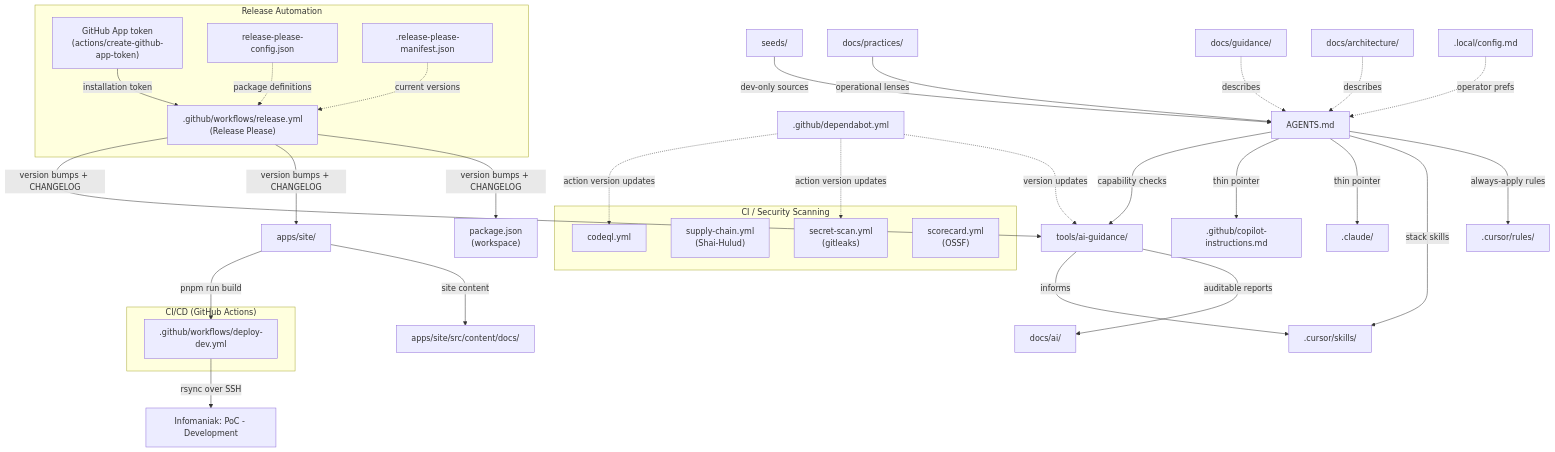
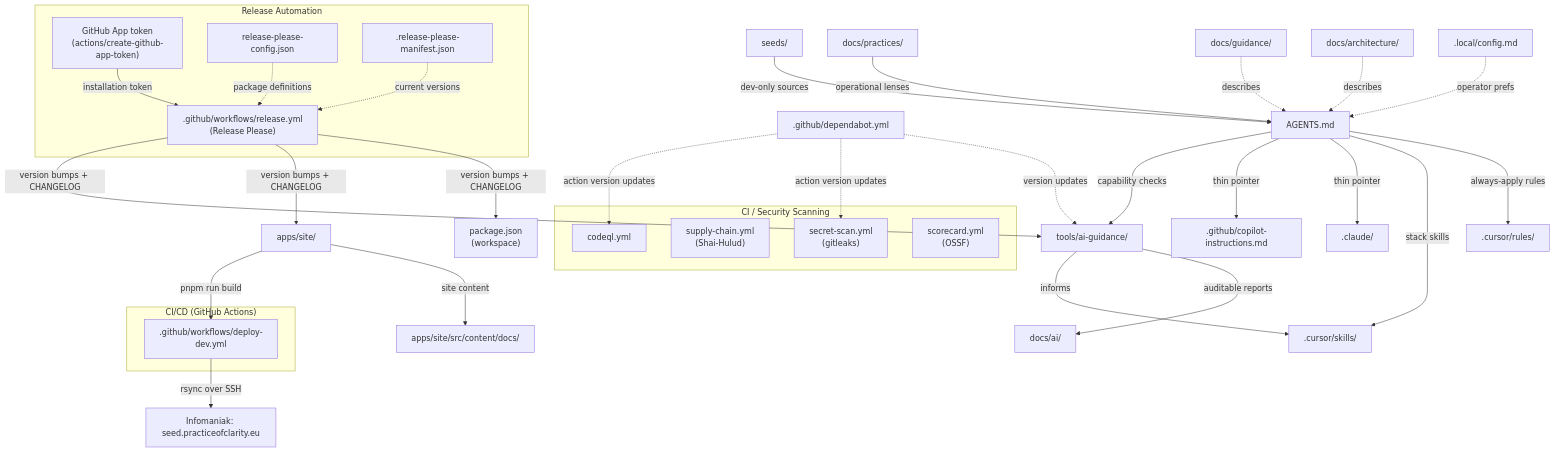
The diagram in docs/architecture/workspace.md (Mikeys-Tech-Lab/poc), drawn with Mermaid before and after one commit. The commit also changed 1 other file, not shown here.

Commit message:
docs(infra): update environment docs for practiceofclarity.eu domain scheme
Add domain column to hosting table in infomaniak skill with
seed/preview/production domains. Update architecture diagram Infomaniak
node label.

Made-with: Cursor

````diff
--- a/docs/architecture/workspace.md
+++ b/docs/architecture/workspace.md
@@ -23,51 +23,51 @@
 ```mermaid
 flowchart TD
   Seeds[seeds/] -->|"dev-only sources"| Agents[AGENTS.md]
   Practices["docs/practices/"] -->|"operational lenses"| Agents
 
   Agents -->|"always-apply rules"| CursorRules[.cursor/rules/]
   Agents -->|"stack skills"| CursorSkills[.cursor/skills/]
   Agents -->|"thin pointer"| Claude[.claude/]
   Agents -->|"thin pointer"| Copilot[.github/copilot-instructions.md]
 
   Agents -->|"capability checks"| Tooling[tools/ai-guidance/]
   Tooling -->|"auditable reports"| DocsAI[docs/ai/]
   Tooling -->|"informs"| CursorSkills
 
   Guidance[docs/guidance/] -.->|"describes"| Agents
   Architecture[docs/architecture/] -.->|"describes"| Agents
 
   LocalConfig[".local/config.md"] -.->|"operator prefs"| Agents
   Dependabot[".github/dependabot.yml"] -.->|"version updates"| Tooling
 
   AstroSite[apps/site/] -->|"site content"| SiteDocs["apps/site/src/content/docs/"]
 
   subgraph "CI/CD (GitHub Actions)"
     DeployDev[".github/workflows/deploy-dev.yml"]
   end
 
   subgraph "CI / Security Scanning"
     SecretScan["secret-scan.yml\n(gitleaks)"]
     SupplyChain["supply-chain.yml\n(Shai-Hulud)"]
     CodeQL["codeql.yml"]
     ScoreCard["scorecard.yml\n(OSSF)"]
   end
 
   subgraph "Release Automation"
     ReleasePlease[".github/workflows/release.yml\n(Release Please)"]
     AppToken["GitHub App token\n(actions/create-github-app-token)"]
     RPConfig["release-please-config.json"]
     RPManifest[".release-please-manifest.json"]
   end
 
   AstroSite -->|"pnpm run build"| DeployDev
-  DeployDev -->|"rsync over SSH"| InfomaniakDev["Infomaniak: PoC - Development"]
+  DeployDev -->|"rsync over SSH"| InfomaniakDev["Infomaniak: seed.practiceofclarity.eu"]
   Dependabot -.->|"action version updates"| SecretScan
   Dependabot -.->|"action version updates"| CodeQL
   AppToken -->|"installation token"| ReleasePlease
   RPConfig -.->|"package definitions"| ReleasePlease
   RPManifest -.->|"current versions"| ReleasePlease
   ReleasePlease -->|"version bumps + CHANGELOG"| RootPkg["package.json\n(workspace)"]
   ReleasePlease -->|"version bumps + CHANGELOG"| AstroSite
   ReleasePlease -->|"version bumps + CHANGELOG"| Tooling
 ```
````
